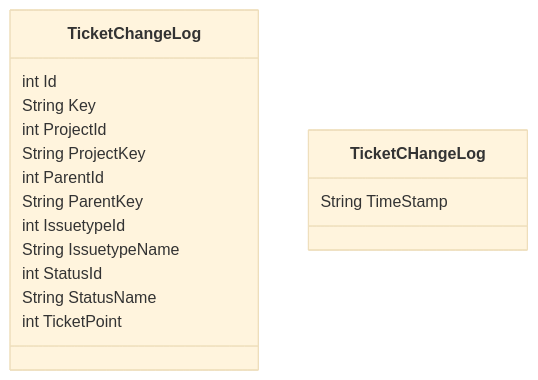
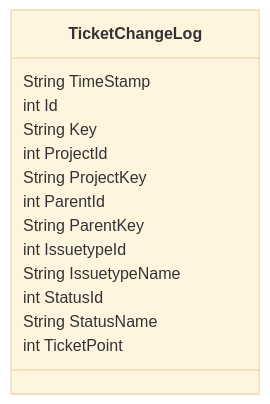
The diagram in README.md (devops-opensource/devops-metrics), drawn with Mermaid (base theme) before and after one commit.

````diff
--- a/README.md
+++ b/README.md
@@ -2,16 +2,16 @@
 ```mermaid
 classDiagram
   class TicketChangeLog
-  TicketCHangeLog : String TimeStamp
+  TicketChangeLog : String TimeStamp
   TicketChangeLog : int Id
   TicketChangeLog : String Key
   TicketChangeLog : int ProjectId
   TicketChangeLog : String ProjectKey
   TicketChangeLog : int ParentId
   TicketChangeLog : String ParentKey
   TicketChangeLog : int IssuetypeId
   TicketChangeLog : String IssuetypeName
   TicketChangeLog : int StatusId
   TicketChangeLog : String StatusName
   TicketChangeLog : int TicketPoint
 ```
````
